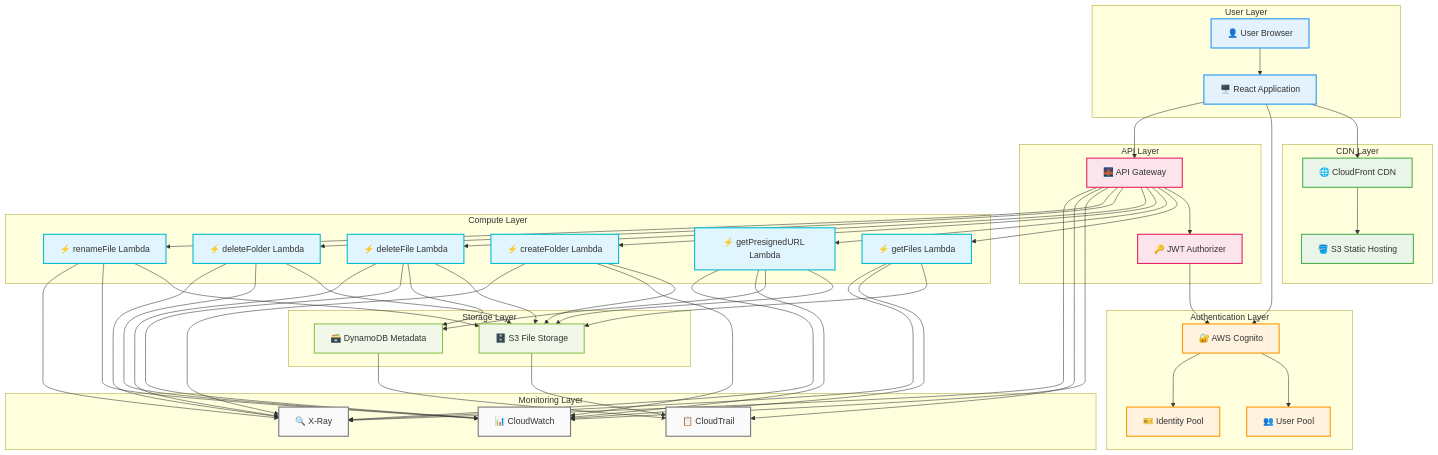
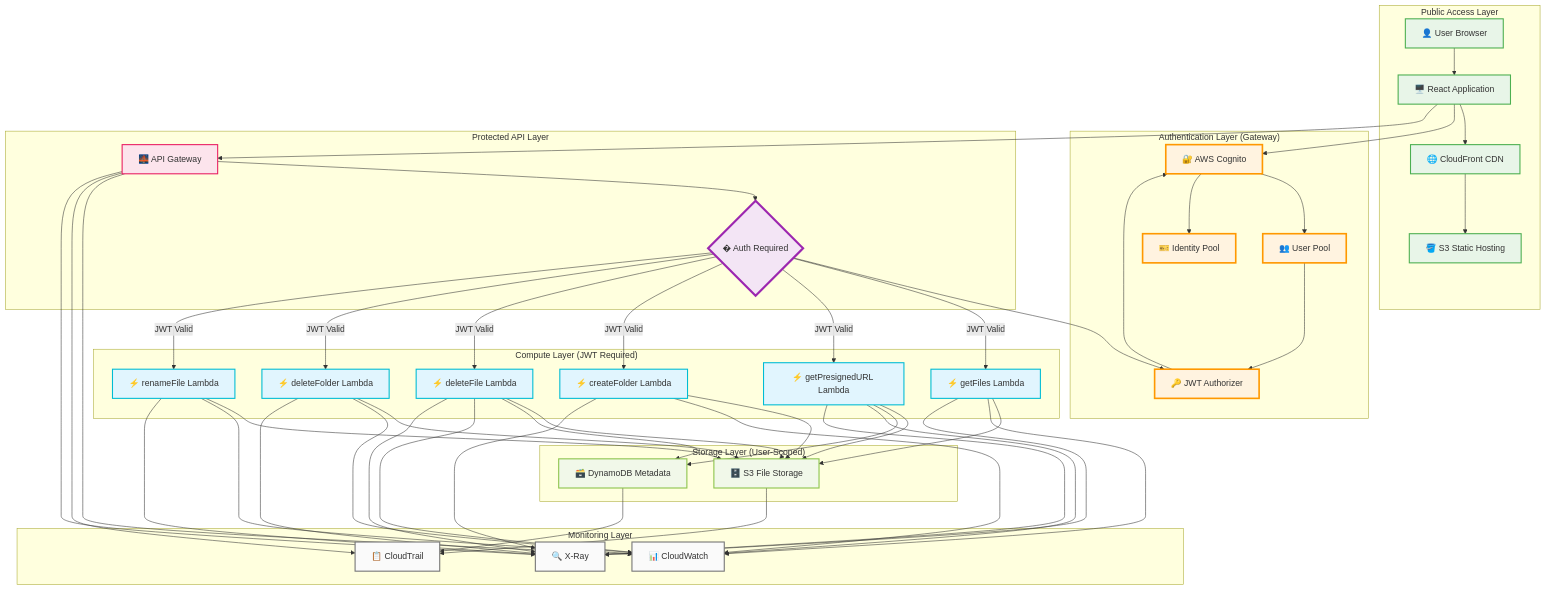
Before and after one commit to SanjeevGO123/drive-clone: the first of 10 diagrams in ARCHITECTURE_DIAGRAMS.md, drawn with Mermaid. The commit also changed other lines of this file, not shown here.

Commit message:
updated diagrams

````diff
--- a/ARCHITECTURE_DIAGRAMS.md
+++ b/ARCHITECTURE_DIAGRAMS.md
@@ -5,27 +5,25 @@
 ```mermaid
 graph TB
-    subgraph "User Layer"
+    subgraph "Public Access Layer"
         User[👤 User Browser]
         ReactApp[🖥️ React Application]
-    end
-    
-    subgraph "CDN Layer"
         CloudFront[🌐 CloudFront CDN]
         S3Static[🪣 S3 Static Hosting]
     end
     
-    subgraph "Authentication Layer"
+    subgraph "Authentication Layer (Gateway)"
         Cognito[🔐 AWS Cognito]
         UserPool[👥 User Pool]
         IdentityPool[🎫 Identity Pool]
-    end
-    
-    subgraph "API Layer"
-        APIGateway[🌉 API Gateway]
         JWTAuth[🔑 JWT Authorizer]
     end
     
-    subgraph "Compute Layer"
+    subgraph "Protected API Layer"
+        APIGateway[🌉 API Gateway]
+        AuthBarrier{� Auth Required}
+    end
+    
+    subgraph "Compute Layer (JWT Required)"
         GetFiles[⚡ getFiles Lambda]
         GetURL[⚡ getPresignedURL Lambda]
         CreateFolder[⚡ createFolder Lambda]
@@ -34,7 +32,7 @@
         RenameFile[⚡ renameFile Lambda]
     end
     
-    subgraph "Storage Layer"
+    subgraph "Storage Layer (User-Scoped)"
         S3Storage[🗄️ S3 File Storage]
         DynamoDB[🗃️ DynamoDB Metadata]
     end
@@ -45,30 +43,32 @@
         XRay[🔍 X-Ray]
     end
     
-    %% User Flow
+    %% Public Access Flow
     User --> ReactApp
     ReactApp --> CloudFront
     CloudFront --> S3Static
     
-    %% Authentication Flow
+    %% Authentication Flow (Required for API Access)
     ReactApp --> Cognito
     Cognito --> UserPool
     Cognito --> IdentityPool
+    UserPool --> JWTAuth
     
-    %% API Flow
+    %% API Access Control
     ReactApp --> APIGateway
-    APIGateway --> JWTAuth
+    APIGateway --> AuthBarrier
+    AuthBarrier --> JWTAuth
     JWTAuth --> Cognito
     
-    %% Lambda Functions
-    APIGateway --> GetFiles
-    APIGateway --> GetURL
-    APIGateway --> CreateFolder
-    APIGateway --> DeleteFile
-    APIGateway --> DeleteFolder
-    APIGateway --> RenameFile
+    %% Protected Lambda Access (Only After JWT Validation)
+    AuthBarrier -->|JWT Valid| GetFiles
+    AuthBarrier -->|JWT Valid| GetURL
+    AuthBarrier -->|JWT Valid| CreateFolder
+    AuthBarrier -->|JWT Valid| DeleteFile
+    AuthBarrier -->|JWT Valid| DeleteFolder
+    AuthBarrier -->|JWT Valid| RenameFile
     
-    %% Storage Access
+    %% Storage Access (User-Scoped)
     GetFiles --> S3Storage
     GetURL --> S3Storage
     CreateFolder --> S3Storage
@@ -80,7 +80,7 @@
     GetURL --> DynamoDB
     DeleteFile --> DynamoDB
     
-    %% Monitoring
+    %% Monitoring (All Services)
     APIGateway --> CloudWatch
     GetFiles --> CloudWatch
     GetURL --> CloudWatch
@@ -104,19 +104,18 @@
     RenameFile --> XRay
     
     %% Styling
-    classDef userClass fill:#e3f2fd,stroke:#2196f3,stroke-width:2px
-    classDef frontendClass fill:#f3e5f5,stroke:#9c27b0,stroke-width:2px
-    classDef cdnClass fill:#e8f5e8,stroke:#4caf50,stroke-width:2px
-    classDef authClass fill:#fff3e0,stroke:#ff9800,stroke-width:2px
-    classDef apiClass fill:#fce4ec,stroke:#e91e63,stroke-width:2px
+    classDef publicClass fill:#e8f5e8,stroke:#4caf50,stroke-width:2px
+    classDef authClass fill:#fff3e0,stroke:#ff9800,stroke-width:3px
+    classDef protectedClass fill:#fce4ec,stroke:#e91e63,stroke-width:2px
     classDef computeClass fill:#e1f5fe,stroke:#00bcd4,stroke-width:2px
     classDef storageClass fill:#f1f8e9,stroke:#8bc34a,stroke-width:2px
     classDef monitorClass fill:#fafafa,stroke:#757575,stroke-width:2px
+    classDef authBarrierClass fill:#f3e5f5,stroke:#9c27b0,stroke-width:4px
     
-    class User,ReactApp userClass
-    class CloudFront,S3Static cdnClass
-    class Cognito,UserPool,IdentityPool authClass
-    class APIGateway,JWTAuth apiClass
+    class User,ReactApp,CloudFront,S3Static publicClass
+    class Cognito,UserPool,IdentityPool,JWTAuth authClass
+    class APIGateway protectedClass
+    class AuthBarrier authBarrierClass
     class GetFiles,GetURL,CreateFolder,DeleteFile,DeleteFolder,RenameFile computeClass
     class S3Storage,DynamoDB storageClass
     class CloudWatch,CloudTrail,XRay monitorClass
````
